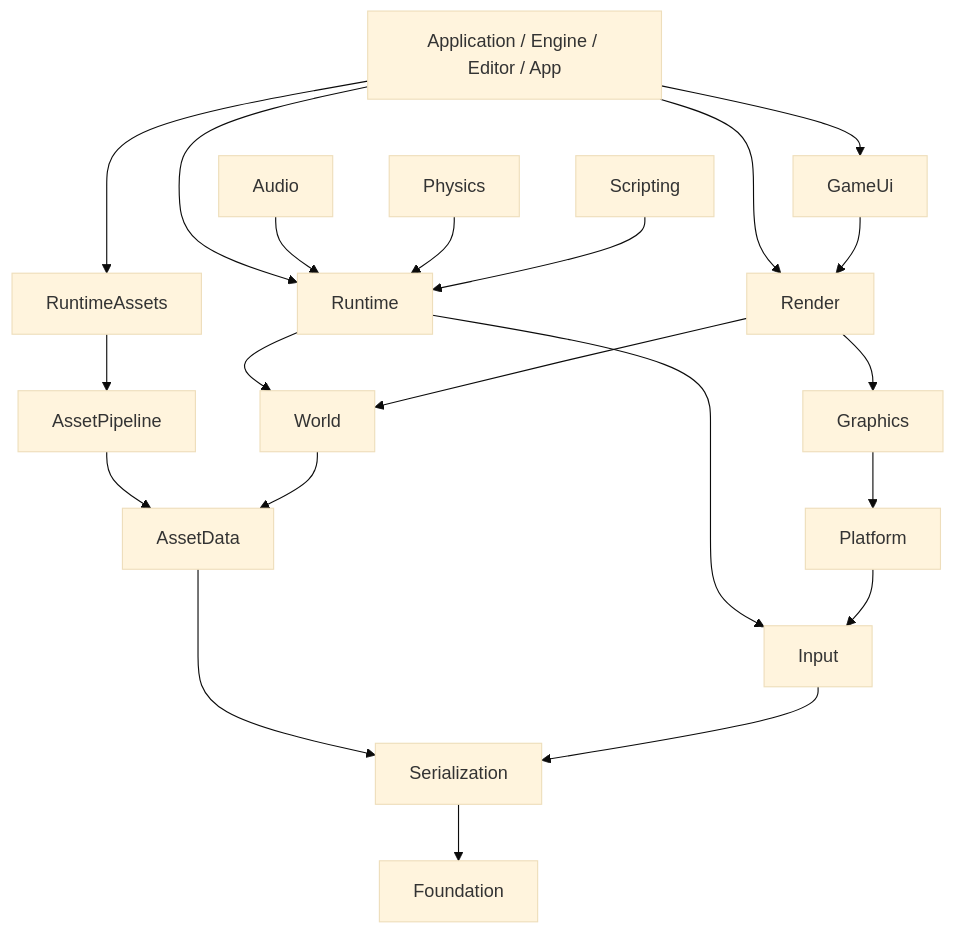
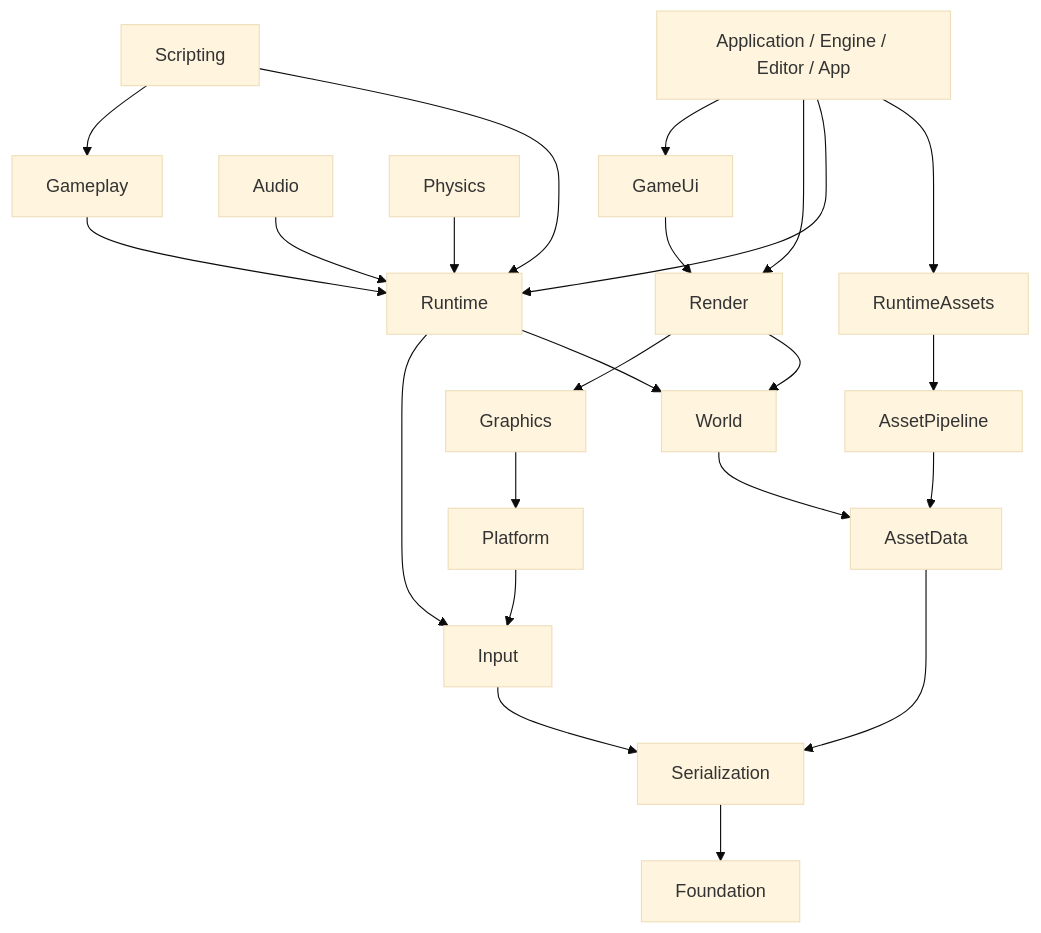
One commit to Ralts72/Comet changed the first of 3 diagrams in docs/architecture/overview.md. Above: the diagram before and after it, drawn with Mermaid (base theme). The commit also changed other lines of this file and 68 other files, not shown here.

````diff
--- a/docs/architecture/overview.md
+++ b/docs/architecture/overview.md
@@ -37,23 +38,25 @@
 ```mermaid
 flowchart TD
     Host[Application / Engine / Editor / App] --> RuntimeAssets
     Host --> Runtime
     Host --> Render
     Host --> GameUi
     RuntimeAssets --> AssetPipeline
     AssetPipeline --> AssetData
     World --> AssetData
     Runtime --> World
     Runtime --> Input
     Audio --> Runtime
     Physics --> Runtime
+    Gameplay --> Runtime
     Scripting --> Runtime
+    Scripting --> Gameplay
     Render --> World
     Render --> Graphics
     GameUi --> Render
     Graphics --> Platform
     Platform --> Input
     AssetData --> Serialization
     Input --> Serialization
     Serialization --> Foundation
 ```
````
